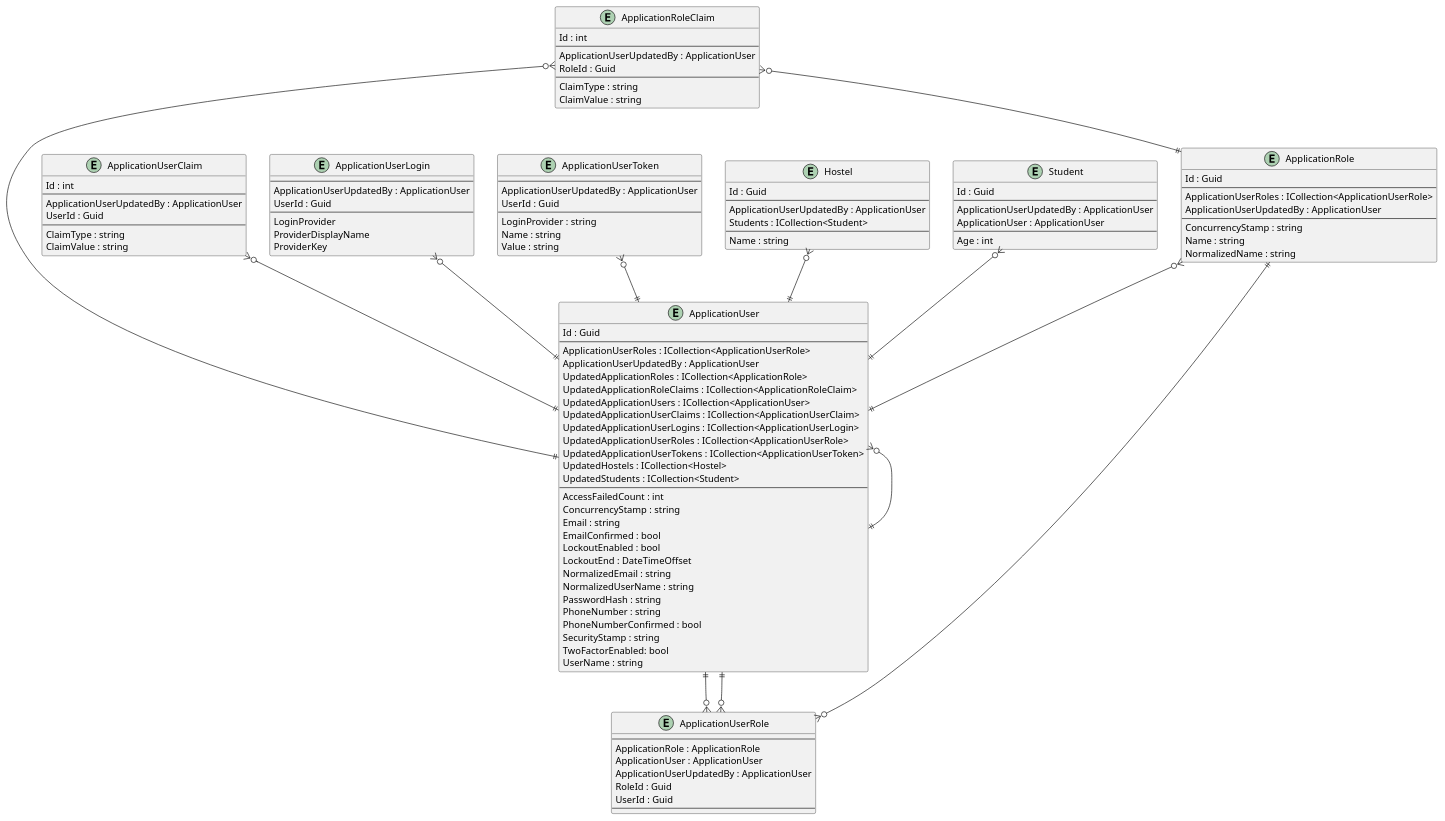
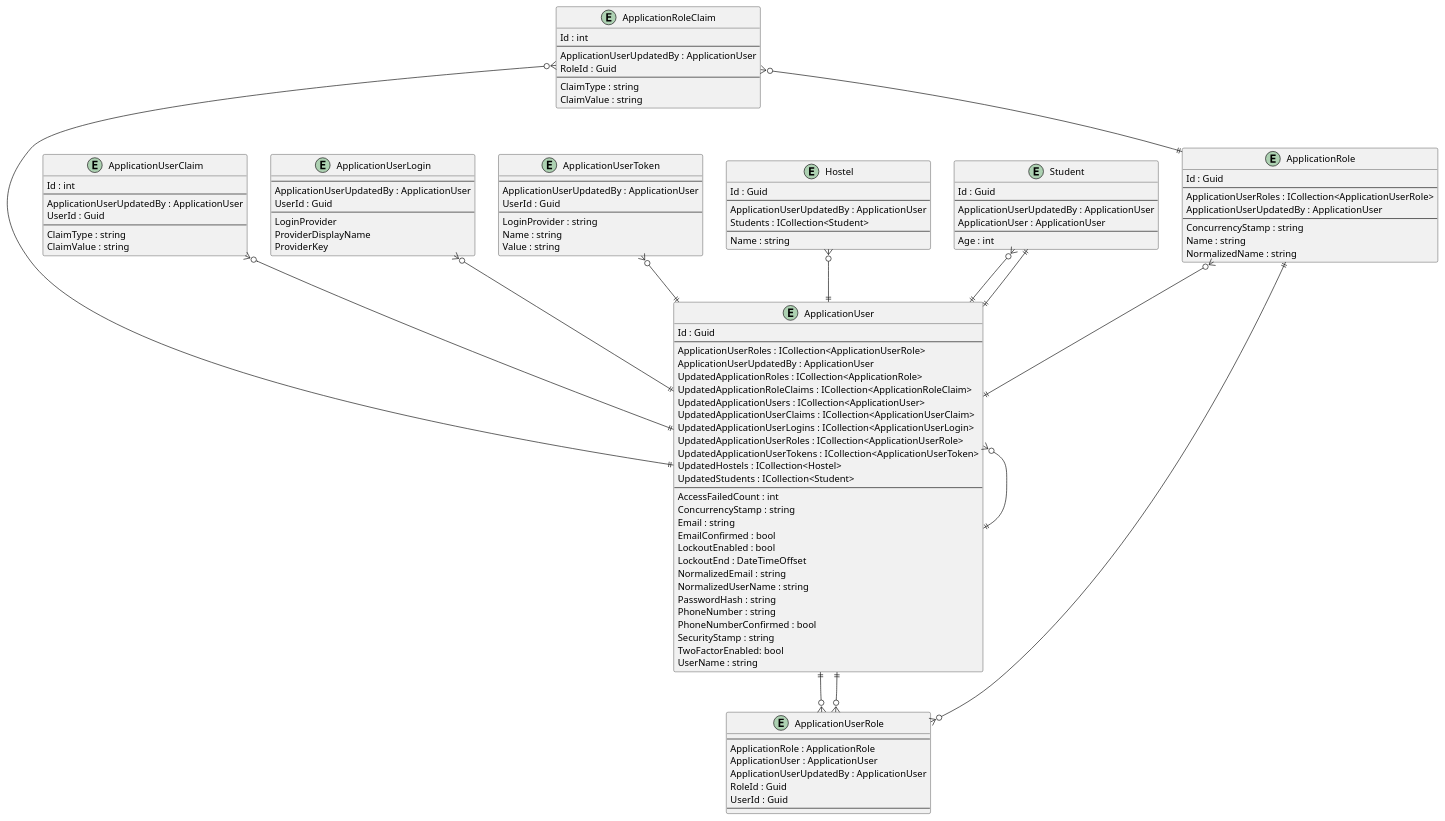
Before and after one commit to intrepion/https-code-maze.com-csharp-create-better-looking-console-applications-with-spectre-console-: the diagram in .docs/HostelStudents.pu, drawn with PlantUML.

Commit message:
gawk -i inplace "{ gsub(/' RelationshipCodePlaceholder/, \"Student ||--|| ApplicationUser\n' RelationshipCodePlaceholder\") }; { print }" .docs/HostelStudents.pu

```diff
--- a/.docs/HostelStudents.pu
+++ b/.docs/HostelStudents.pu
@@ -1,135 +1,136 @@
 @startuml
 
 entity ApplicationRole {
     Id : Guid
     --
     ApplicationUserRoles : ICollection<ApplicationUserRole>
     ApplicationUserUpdatedBy : ApplicationUser
     --
     ConcurrencyStamp : string
     Name : string
     NormalizedName : string
 }
 
 entity ApplicationRoleClaim {
     Id : int
     --
     ApplicationUserUpdatedBy : ApplicationUser
     RoleId : Guid
     --
     ClaimType : string
     ClaimValue : string
 }
 
 entity ApplicationUser {
     Id : Guid
     --
     ApplicationUserRoles : ICollection<ApplicationUserRole>
     ApplicationUserUpdatedBy : ApplicationUser
     UpdatedApplicationRoles : ICollection<ApplicationRole>
     UpdatedApplicationRoleClaims : ICollection<ApplicationRoleClaim>
     UpdatedApplicationUsers : ICollection<ApplicationUser>
     UpdatedApplicationUserClaims : ICollection<ApplicationUserClaim>
     UpdatedApplicationUserLogins : ICollection<ApplicationUserLogin>
     UpdatedApplicationUserRoles : ICollection<ApplicationUserRole>
     UpdatedApplicationUserTokens : ICollection<ApplicationUserToken>
     UpdatedHostels : ICollection<Hostel>
     UpdatedStudents : ICollection<Student>
     ' ApplicationUserKeyCodePlaceholder
     --
     AccessFailedCount : int
     ConcurrencyStamp : string
     Email : string
     EmailConfirmed : bool
     LockoutEnabled : bool
     LockoutEnd : DateTimeOffset
     NormalizedEmail : string
     NormalizedUserName : string
     PasswordHash : string
     PhoneNumber : string
     PhoneNumberConfirmed : bool
     SecurityStamp : string
     TwoFactorEnabled: bool
     UserName : string
 }
 
 entity ApplicationUserClaim {
     Id : int
     --
     ApplicationUserUpdatedBy : ApplicationUser
     UserId : Guid
     --
     ClaimType : string
     ClaimValue : string
 }
 
 entity ApplicationUserLogin {
     --
     ApplicationUserUpdatedBy : ApplicationUser
     UserId : Guid
     --
     LoginProvider
     ProviderDisplayName
     ProviderKey
 }
 
 entity ApplicationUserRole {
     --
     ApplicationRole : ApplicationRole
     ApplicationUser : ApplicationUser
     ApplicationUserUpdatedBy : ApplicationUser
     RoleId : Guid
     UserId : Guid
     --
 }
 
 entity ApplicationUserToken {
     --
     ApplicationUserUpdatedBy : ApplicationUser
     UserId : Guid
     --
     LoginProvider : string
     Name : string
     Value : string
 }
 
 entity Hostel {
     Id : Guid
     --
     ApplicationUserUpdatedBy : ApplicationUser
     Students : ICollection<Student>
     ' HostelKeyCodePlaceholder
     --
     Name : string
     ' HostelPropertyCodePlaceholder
 }
 
 entity Student {
     Id : Guid
     --
     ApplicationUserUpdatedBy : ApplicationUser
     ApplicationUser : ApplicationUser
     ' StudentKeyCodePlaceholder
     --
     Age : int
     ' StudentPropertyCodePlaceholder
 }
 
 ' EntityCodePlaceholder
 
 ApplicationRole ||--o{ ApplicationUserRole
 ApplicationRole }o--|| ApplicationUser
 ApplicationRoleClaim }o--|| ApplicationRole
 ApplicationRoleClaim }o--|| ApplicationUser
 ApplicationUser }o--|| ApplicationUser
 ApplicationUser ||--o{ ApplicationUserRole
 ApplicationUserClaim }o--|| ApplicationUser
 ApplicationUserLogin }o--|| ApplicationUser
 ApplicationUserRole }o--|| ApplicationUser
 ApplicationUserToken }o--|| ApplicationUser
 
 Hostel }o--|| ApplicationUser
 Student }o--|| ApplicationUser
+Student ||--|| ApplicationUser
 ' RelationshipCodePlaceholder
 
 @enduml
```
